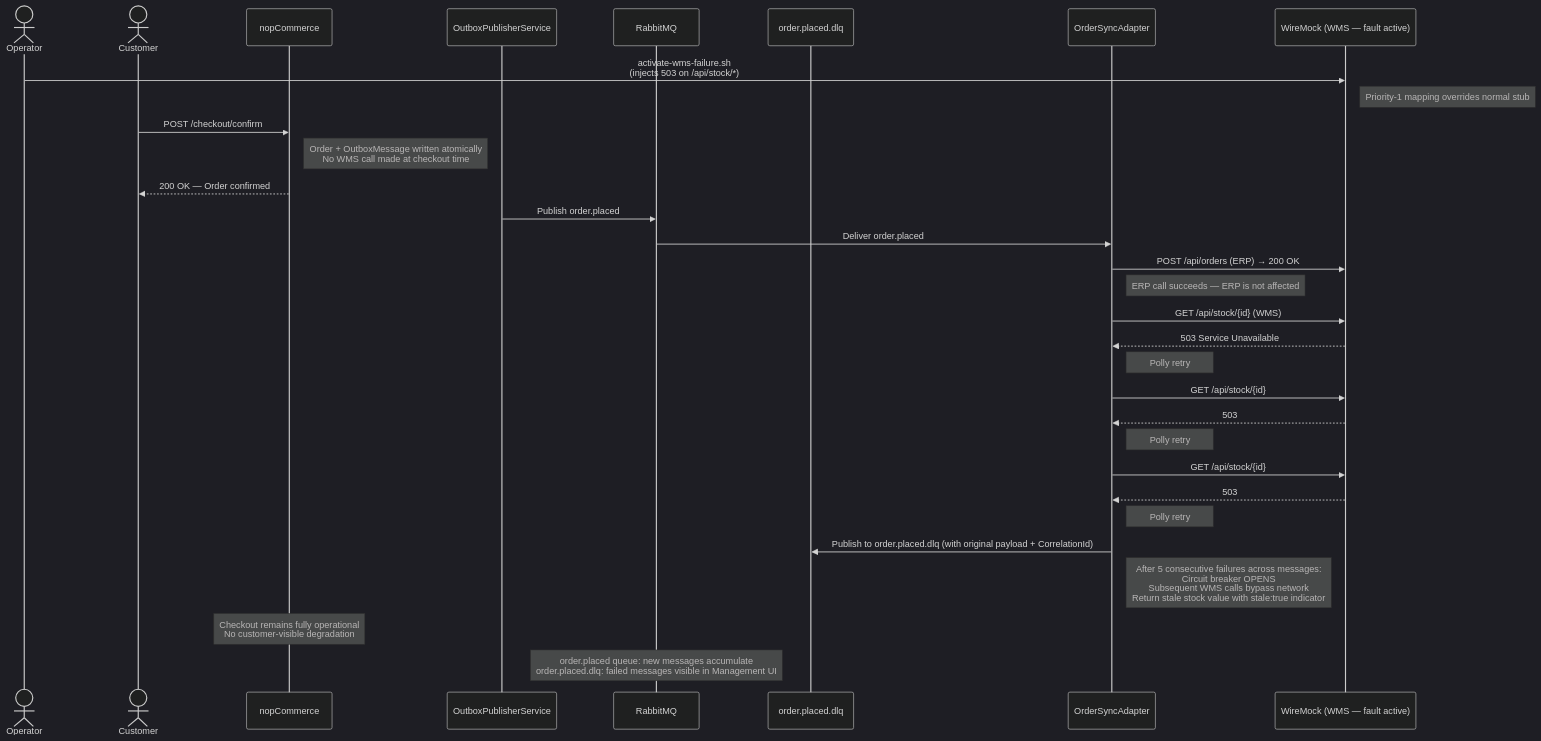
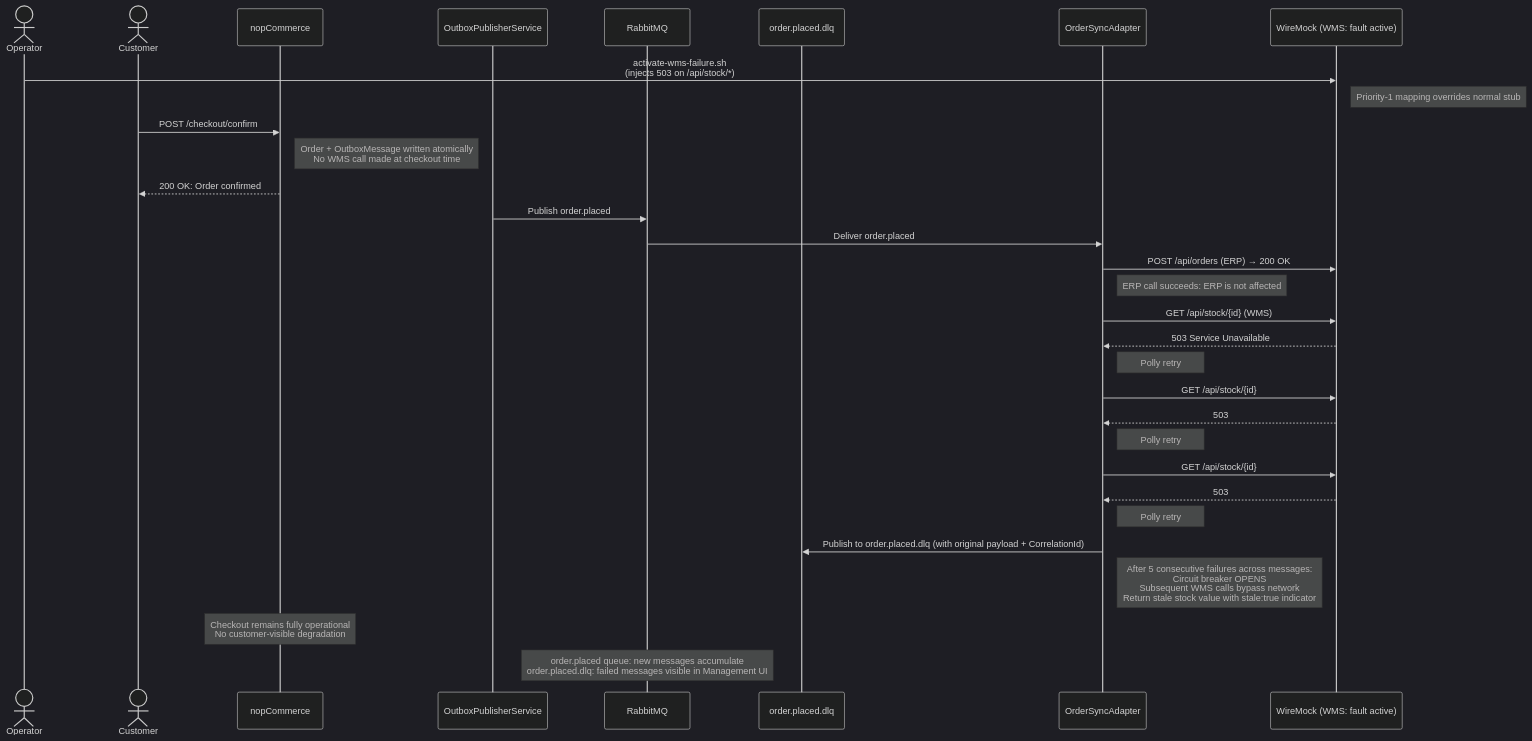
One commit to Assignment2-AS/nopCommerce-Omnichannel-Core changed the second of 3 diagrams in docs/runtime-interaction-diagrams.md. Above: the diagram before and after it, drawn with Mermaid (dark theme). The commit also changed other lines of this file and 4 other files, not shown here.

Commit message:
docs: add runtime interaction diagram PNG exports and update README

````diff
--- a/docs/runtime-interaction-diagrams.md
+++ b/docs/runtime-interaction-diagrams.md
@@ -50,43 +54,43 @@
 ```mermaid
 sequenceDiagram
     actor Operator
     actor Customer
     participant nopCommerce
     participant OutboxSvc as OutboxPublisherService
     participant RabbitMQ
     participant DLQ as order.placed.dlq
     participant OrderSync as OrderSyncAdapter
-    participant WireMock as WireMock (WMS — fault active)
+    participant WireMock as WireMock (WMS: fault active)
 
     Operator->>WireMock: activate-wms-failure.sh<br/>(injects 503 on /api/stock/*)
     note right of WireMock: Priority-1 mapping overrides normal stub
 
     Customer->>nopCommerce: POST /checkout/confirm
     note right of nopCommerce: Order + OutboxMessage written atomically<br/>No WMS call made at checkout time
-    nopCommerce-->>Customer: 200 OK — Order confirmed
+    nopCommerce-->>Customer: 200 OK: Order confirmed
 
     OutboxSvc->>RabbitMQ: Publish order.placed
 
     RabbitMQ->>OrderSync: Deliver order.placed
 
     OrderSync->>WireMock: POST /api/orders (ERP) → 200 OK
-    note right of OrderSync: ERP call succeeds — ERP is not affected
+    note right of OrderSync: ERP call succeeds: ERP is not affected
 
     OrderSync->>WireMock: GET /api/stock/{id} (WMS)
     WireMock-->>OrderSync: 503 Service Unavailable
 
-    note right of OrderSync: Polly retry #1 — wait 1s
+    note right of OrderSync: Polly retry #1: wait 1s
     OrderSync->>WireMock: GET /api/stock/{id}
     WireMock-->>OrderSync: 503
 
-    note right of OrderSync: Polly retry #2 — wait 2s
+    note right of OrderSync: Polly retry #2: wait 2s
     OrderSync->>WireMock: GET /api/stock/{id}
     WireMock-->>OrderSync: 503
 
-    note right of OrderSync: Polly retry #3 — wait 4s — exhausted
+    note right of OrderSync: Polly retry #3: wait 4s (exhausted)
     OrderSync->>DLQ: Publish to order.placed.dlq (with original payload + CorrelationId)
     note right of OrderSync: After 5 consecutive failures across messages:<br/>Circuit breaker OPENS<br/>Subsequent WMS calls bypass network<br/>Return stale stock value with stale:true indicator
 
     note over nopCommerce: Checkout remains fully operational<br/>No customer-visible degradation
     note over RabbitMQ: order.placed queue: new messages accumulate<br/>order.placed.dlq: failed messages visible in Management UI
 ```
````
